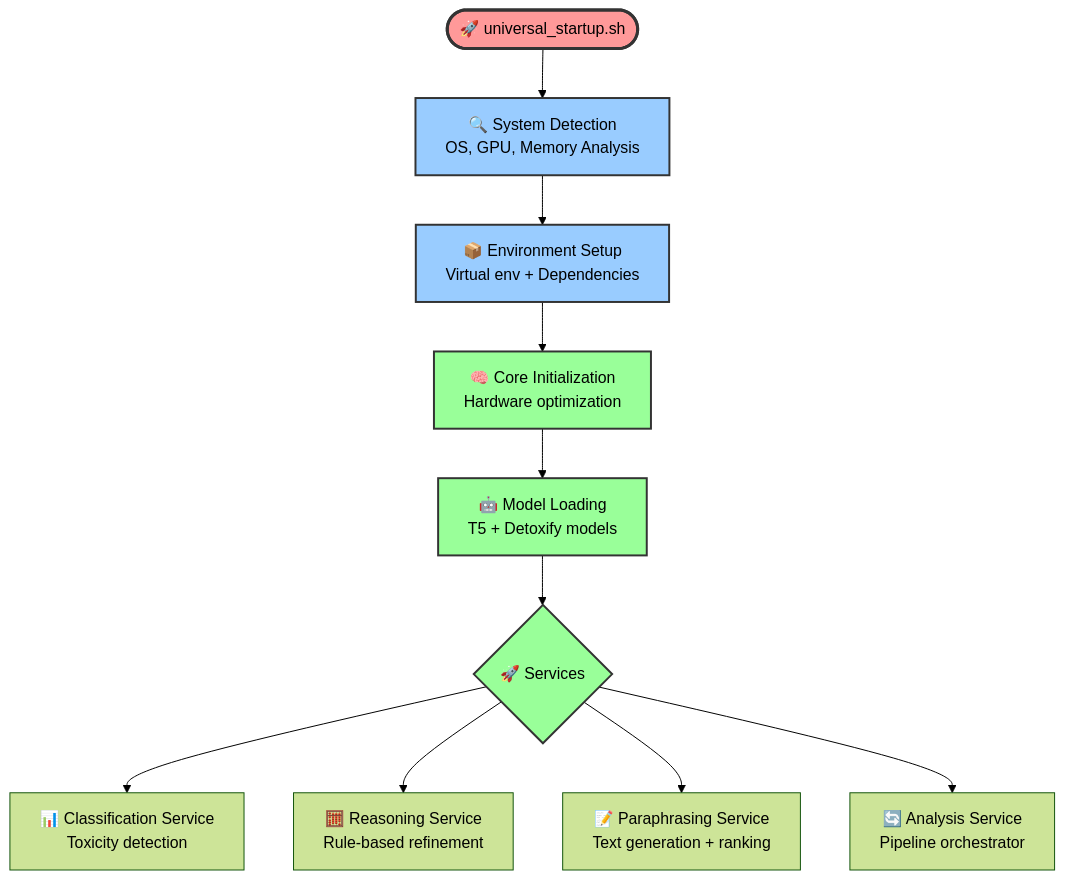
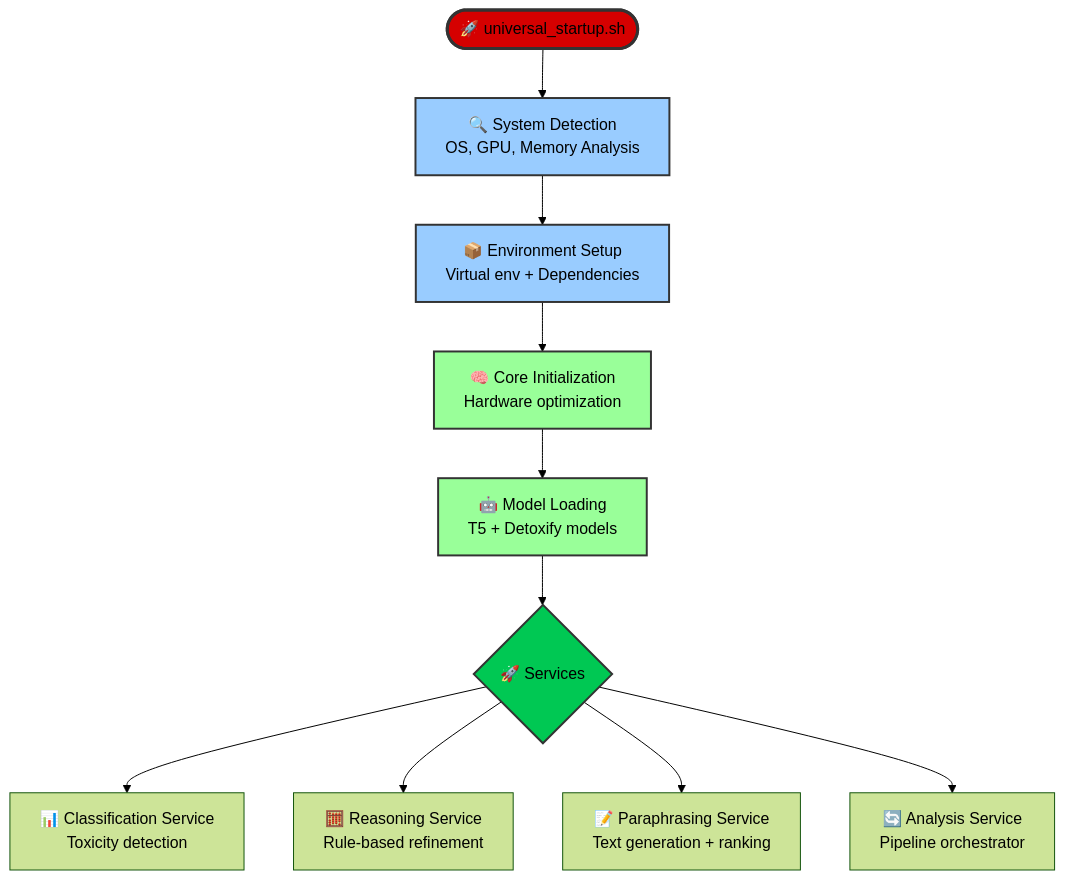
The first of 2 diagrams in AI/README.MD (AntonioRinaldidev/toxic-radar), drawn with Mermaid (forest theme) before and after one commit. The commit also changed other lines of this file, not shown here.

````diff
--- a/AI/README.MD
+++ b/AI/README.MD
@@ -79,20 +79,20 @@
 ```mermaid
 flowchart TD
     Start([🚀 universal_startup.sh]) --> SystemDetect[🔍 System Detection<br/>OS, GPU, Memory Analysis]
     SystemDetect --> VenvSetup[📦 Environment Setup<br/>Virtual env + Dependencies]
     VenvSetup --> CoreInit[🧠 Core Initialization<br/>Hardware optimization]
     CoreInit --> ModelLoad[🤖 Model Loading<br/>T5 + Detoxify models]
     ModelLoad --> Services{🚀 Services}
     
     Services --> Classifier[📊 Classification Service<br/>Toxicity detection]
     Services --> Reasoning[🧮 Reasoning Service<br/>Rule-based refinement]
     Services --> Paraphrasing[📝 Paraphrasing Service<br/>Text generation + ranking]
     Services --> Analysis[🔄 Analysis Service<br/>Pipeline orchestrator]
-    style Start  fill:#ff9999,stroke:#333,stroke-width:3px
+    style Start  fill:#D50000,stroke:#333,stroke-width:3px
     style SystemDetect fill:#99ccff,stroke:#333,stroke-width:2px
     style VenvSetup fill:#99ccff,stroke:#333,stroke-width:2px
     style CoreInit fill:#99ff99,stroke:#333,stroke-width:2px
     style ModelLoad fill:#99ff99,stroke:#333,stroke-width:2px
-    style Services fill:#99ff99,stroke:#333,stroke-width:2px
+    style Services fill:#00C853,stroke:#333,stroke-width:2px
     
 ```
````
